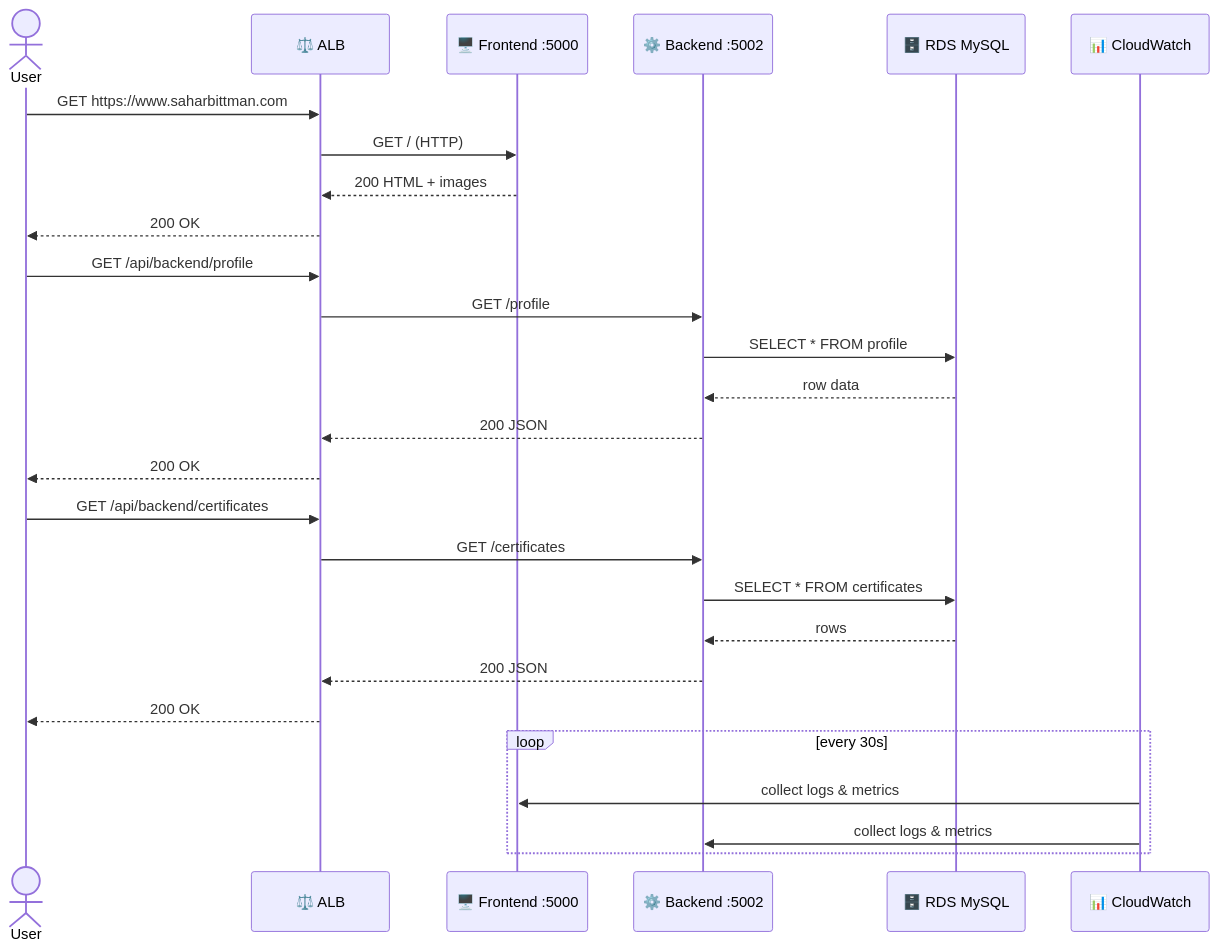
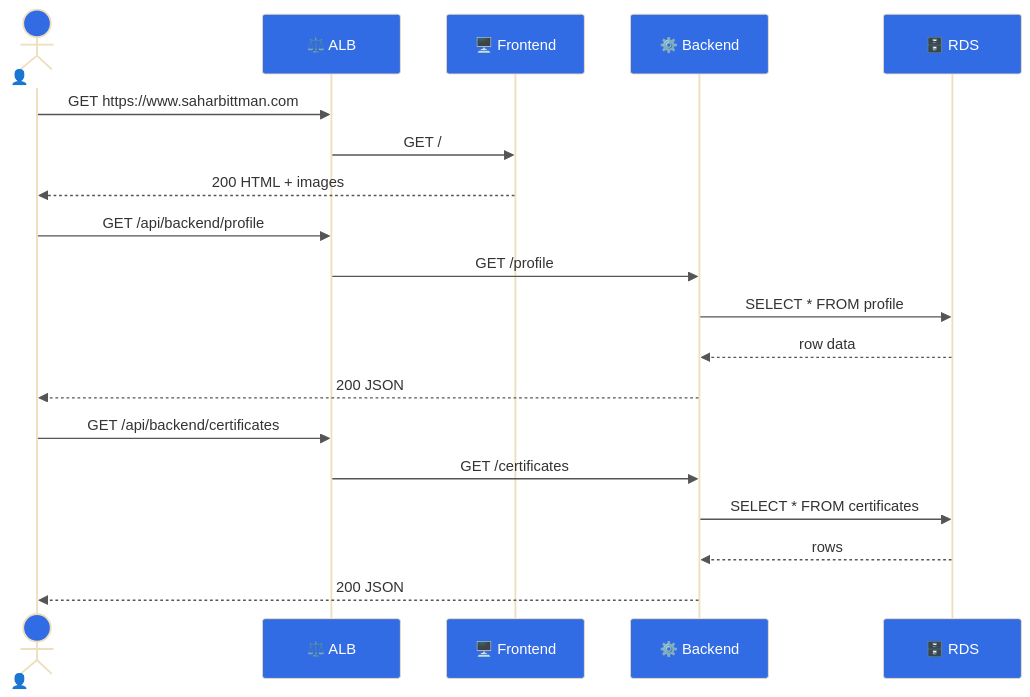
One commit to sahar449/my-portfolio changed the second of 2 diagrams in README.md. Above: the diagram before and after it, drawn with Mermaid. The commit also changed other lines of this file and 7 other files, not shown here.

````diff
--- a/README.md
+++ b/README.md
@@ -83,33 +85,25 @@
 ```mermaid
+%%{init: {'theme': 'base', 'themeVariables': {'fontSize': '14px', 'actorBkg': '#326CE5', 'actorTextColor': '#fff', 'actorBorderColor': '#1E4DB7', 'activationBkgColor': '#eff6ff', 'signalColor': '#555', 'signalTextColor': '#333', 'noteBkgColor': '#fffbf0', 'noteTextColor': '#232F3E'}}}%%
 sequenceDiagram
-    actor User
-    participant ALB  as ⚖️ ALB
-    participant FE   as 🖥️ Frontend :5000
-    participant BE   as ⚙️ Backend :5002
-    participant RDS  as 🗄️ RDS MySQL
-    participant CW   as 📊 CloudWatch
+    actor User as 👤 User
+    participant ALB as ⚖️ ALB
+    participant FE  as 🖥️ Frontend
+    participant BE  as ⚙️ Backend
+    participant RDS as 🗄️ RDS
 
     User->>ALB: GET https://www.saharbittman.com
-    ALB->>FE: GET / (HTTP)
-    FE-->>ALB: 200 HTML + images
-    ALB-->>User: 200 OK
+    ALB->>FE: GET /
+    FE-->>User: 200 HTML + images
 
     User->>ALB: GET /api/backend/profile
     ALB->>BE: GET /profile
     BE->>RDS: SELECT * FROM profile
     RDS-->>BE: row data
-    BE-->>ALB: 200 JSON
-    ALB-->>User: 200 OK
+    BE-->>User: 200 JSON
 
     User->>ALB: GET /api/backend/certificates
     ALB->>BE: GET /certificates
     BE->>RDS: SELECT * FROM certificates
     RDS-->>BE: rows
-    BE-->>ALB: 200 JSON
-    ALB-->>User: 200 OK
-
-    loop every 30s
-        CW->>FE: collect logs & metrics
-        CW->>BE: collect logs & metrics
-    end
+    BE-->>User: 200 JSON
 ```
````
